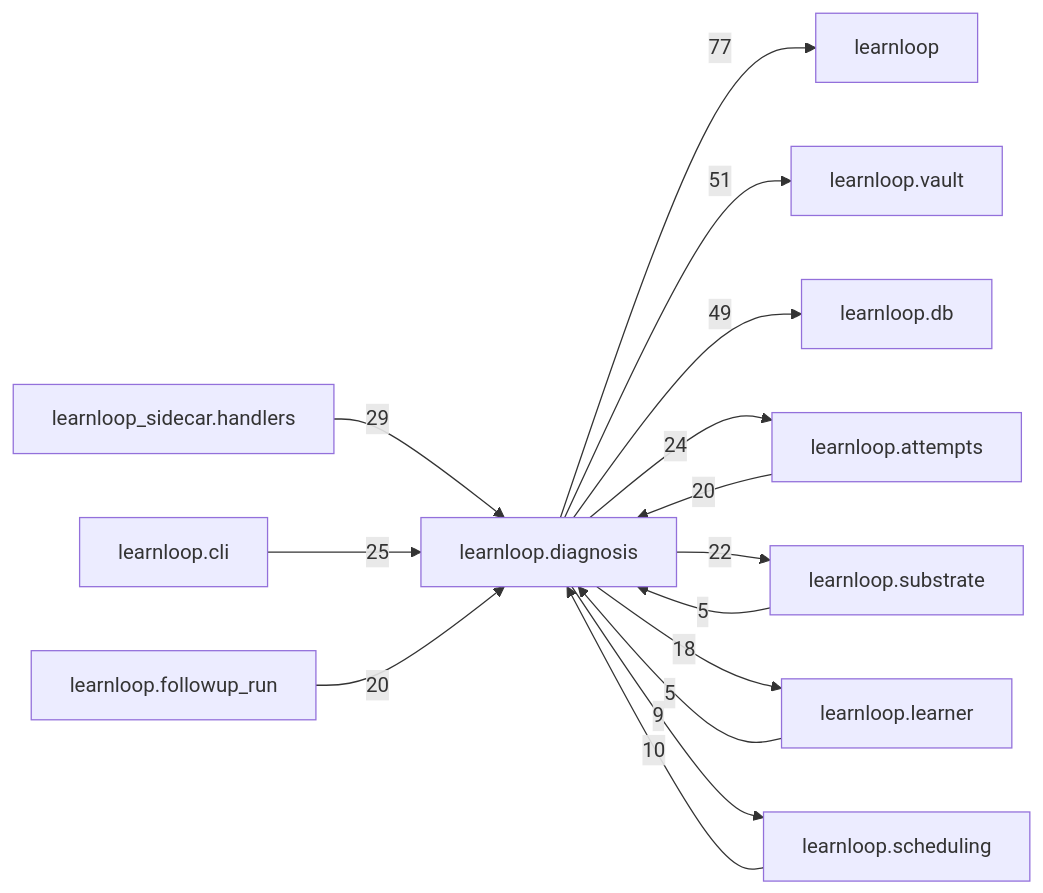
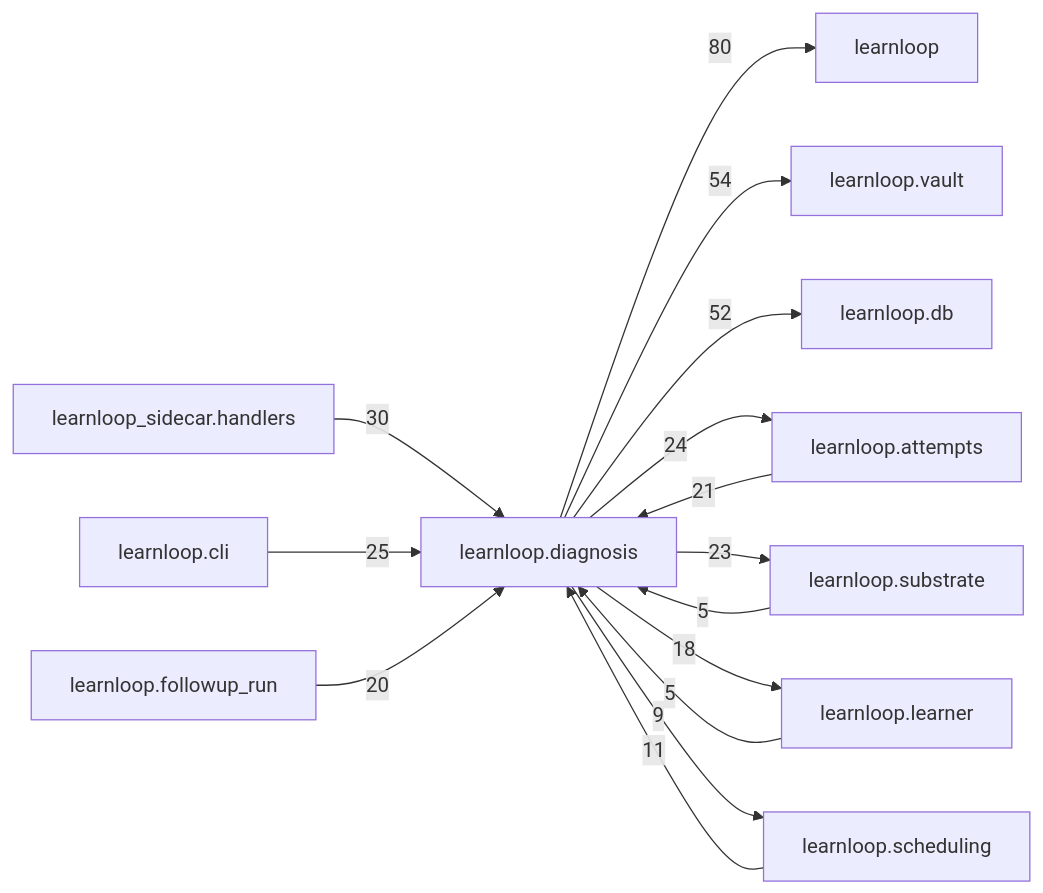
The diagram in docs/learnloop-architecture-vault/Reference/Modules/learnloop/diagnosis/_package.md (6up-b/learnanything), drawn with Mermaid before and after one commit. The commit also changed other lines of this file and 63 other files, not shown here.

````diff
--- a/docs/learnloop-architecture-vault/Reference/Modules/learnloop/diagnosis/_package.md
+++ b/docs/learnloop-architecture-vault/Reference/Modules/learnloop/diagnosis/_package.md
@@ -240,28 +246,28 @@
 ```mermaid
 flowchart LR
     center["learnloop.diagnosis"]
     n_learnloop["learnloop"]
     n_learnloop_vault["learnloop.vault"]
     n_learnloop_db["learnloop.db"]
     n_learnloop_attempts["learnloop.attempts"]
     n_learnloop_sidecar_handlers["learnloop_sidecar.handlers"]
     n_learnloop_substrate["learnloop.substrate"]
     n_learnloop_cli["learnloop.cli"]
     n_learnloop_learner["learnloop.learner"]
     n_learnloop_followup_run["learnloop.followup_run"]
     n_learnloop_scheduling["learnloop.scheduling"]
-    center -->|77| n_learnloop
-    center -->|51| n_learnloop_vault
-    center -->|49| n_learnloop_db
-    n_learnloop_attempts -->|20| center
+    center -->|80| n_learnloop
+    center -->|54| n_learnloop_vault
+    center -->|52| n_learnloop_db
+    n_learnloop_attempts -->|21| center
     center -->|24| n_learnloop_attempts
-    n_learnloop_sidecar_handlers -->|29| center
+    n_learnloop_sidecar_handlers -->|30| center
     n_learnloop_substrate -->|5| center
-    center -->|22| n_learnloop_substrate
+    center -->|23| n_learnloop_substrate
     n_learnloop_cli -->|25| center
     n_learnloop_learner -->|5| center
     center -->|18| n_learnloop_learner
     n_learnloop_followup_run -->|20| center
-    n_learnloop_scheduling -->|10| center
+    n_learnloop_scheduling -->|11| center
     center -->|9| n_learnloop_scheduling
 ```
````
